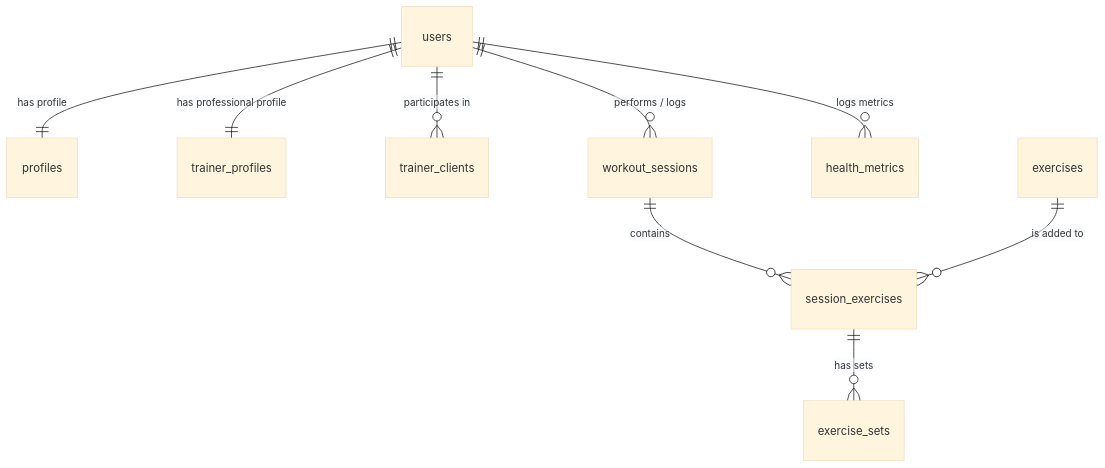
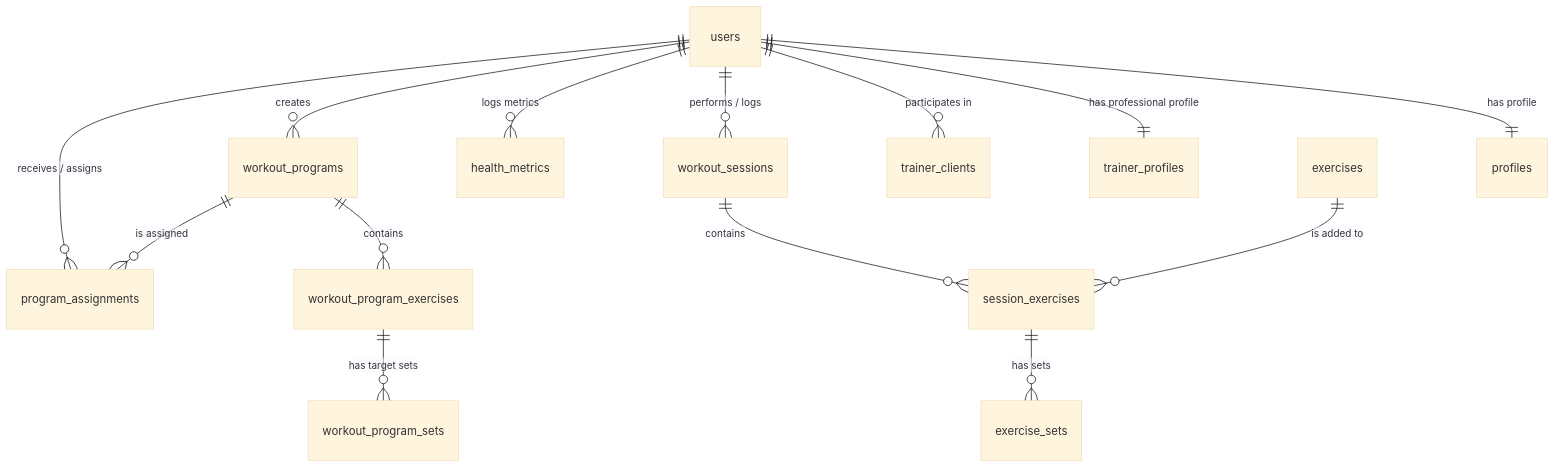
The diagram in README.md (austinroy/kyber-fitness), drawn with Mermaid (base theme) before and after one commit. The commit also changed other lines of this file and 38 other files, not shown here.

````diff
--- a/README.md
+++ b/README.md
@@ -35,11 +49,16 @@
 ```mermaid
 erDiagram
     users ||--|| profiles : "has profile"
     users ||--|| trainer_profiles : "has professional profile"
     users ||--o{ trainer_clients : "participates in"
     users ||--o{ workout_sessions : "performs / logs"
     users ||--o{ health_metrics : "logs metrics"
+    users ||--o{ workout_programs : "creates"
+    users ||--o{ program_assignments : "receives / assigns"
     workout_sessions ||--o{ session_exercises : "contains"
     exercises ||--o{ session_exercises : "is added to"
     session_exercises ||--o{ exercise_sets : "has sets"
+    workout_programs ||--o{ workout_program_exercises : "contains"
+    workout_programs ||--o{ program_assignments : "is assigned"
+    workout_program_exercises ||--o{ workout_program_sets : "has target sets"
 ```
````
